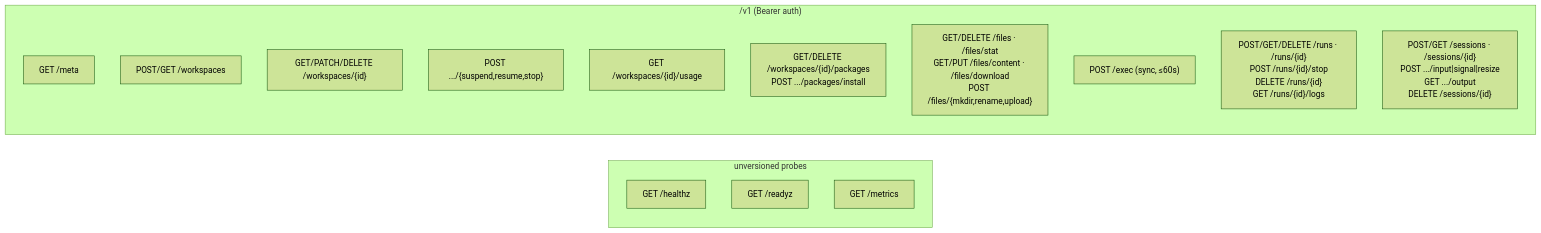
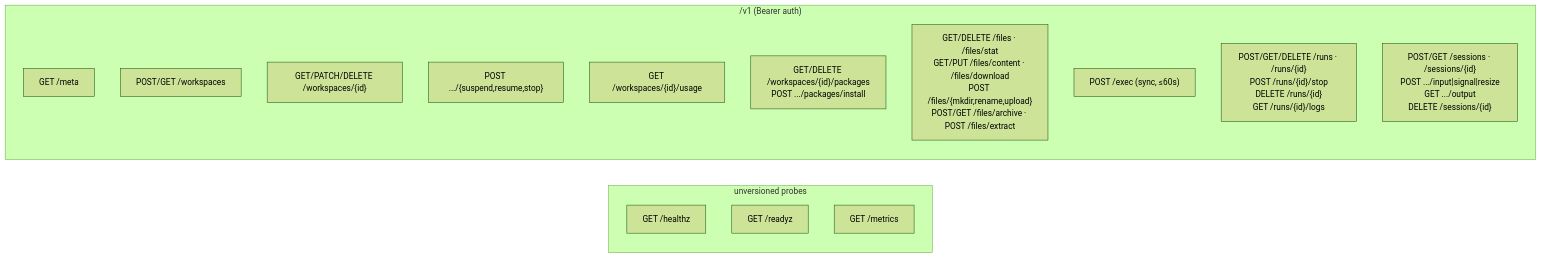
One commit to M3-mo2/cloud-service changed diagram 18 of 20 in docs/ARCHITECTURE.md. Above: the diagram before and after it, drawn with Mermaid (forest theme). The commit also changed other lines of this file and 4 other files, not shown here.

Commit message:
docs(archive): ADR 92, API/SPEC/openapi/ARCHITECTURE surface, VERIFICATION section

````diff
--- a/docs/ARCHITECTURE.md
+++ b/docs/ARCHITECTURE.md
@@ -989,20 +1036,20 @@
 ```mermaid
 flowchart LR
     subgraph unversioned["unversioned probes"]
         H["GET /healthz"]
         R["GET /readyz"]
         M["GET /metrics"]
     end
     subgraph v1["/v1 (Bearer auth)"]
         META["GET /meta"]
         WC["POST/GET /workspaces"]
         W["GET/PATCH/DELETE /workspaces/{id}"]
         LIFECYCLE["POST .../{suspend,resume,stop}"]
         USAGE["GET /workspaces/{id}/usage"]
         PKG["GET/DELETE /workspaces/{id}/packages\nPOST .../packages/install"]
-        F["GET/DELETE /files · /files/stat\nGET/PUT /files/content · /files/download\nPOST /files/{mkdir,rename,upload}"]
+        F["GET/DELETE /files · /files/stat\nGET/PUT /files/content · /files/download\nPOST /files/{mkdir,rename,upload}\nPOST/GET /files/archive · POST /files/extract"]
         EX["POST /exec (sync, ≤60s)"]
         RN["POST/GET/DELETE /runs · /runs/{id}\nPOST /runs/{id}/stop\nDELETE /runs/{id}\nGET /runs/{id}/logs"]
         SS["POST/GET /sessions · /sessions/{id}\nPOST .../input|signal|resize\nGET .../output\nDELETE /sessions/{id}"]
     end
 ```
````
